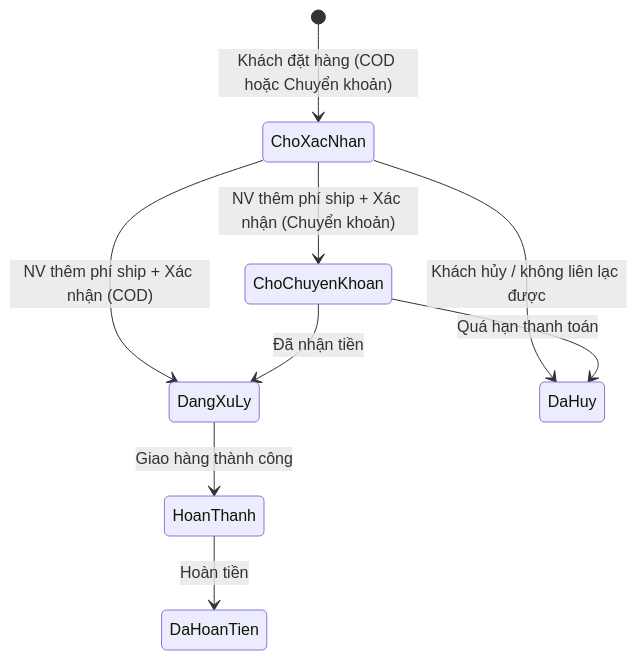
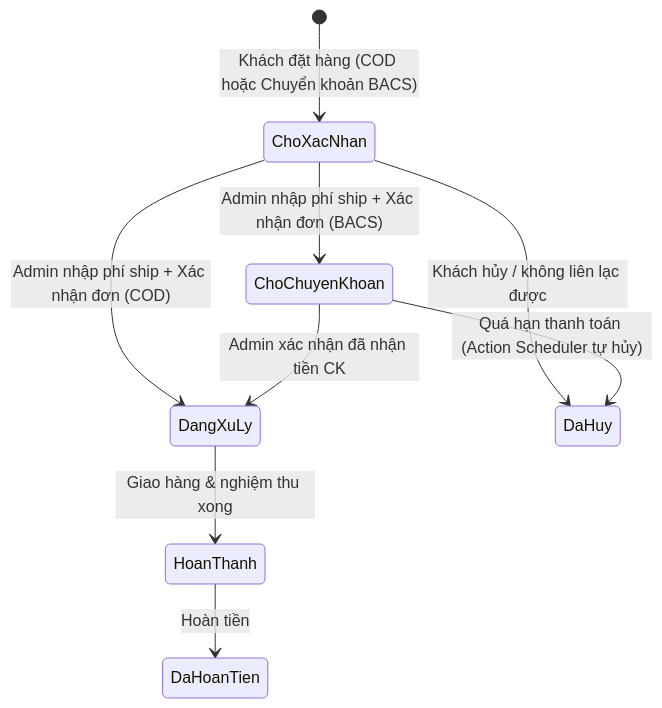
One commit to ktmartech/webgachdravit changed the diagram in docs/04_Pricing_Units_Commerce.md. Above: the diagram before and after it, drawn with Mermaid. The commit also changed other lines of this file and 29 other files, not shown here.

Commit message:
docs: sync architecture decisions D-21..D-30 and add technical specs 14..20

````diff
--- a/docs/04_Pricing_Units_Commerce.md
+++ b/docs/04_Pricing_Units_Commerce.md
@@ -159,11 +261,11 @@
 ```mermaid
 stateDiagram-v2
-  [*] --> ChoXacNhan: Khách đặt hàng (COD hoặc Chuyển khoản)
-  ChoXacNhan --> ChoChuyenKhoan: NV thêm phí ship + Xác nhận (Chuyển khoản)
-  ChoXacNhan --> DangXuLy: NV thêm phí ship + Xác nhận (COD)
-  ChoChuyenKhoan --> DangXuLy: Đã nhận tiền
-  DangXuLy --> HoanThanh: Giao hàng thành công
+  [*] --> ChoXacNhan: Khách đặt hàng (COD hoặc Chuyển khoản BACS)
+  ChoXacNhan --> ChoChuyenKhoan: Admin nhập phí ship + Xác nhận đơn (BACS)
+  ChoXacNhan --> DangXuLy: Admin nhập phí ship + Xác nhận đơn (COD)
+  ChoChuyenKhoan --> DangXuLy: Admin xác nhận đã nhận tiền CK
+  DangXuLy --> HoanThanh: Giao hàng & nghiệm thu xong
   ChoXacNhan --> DaHuy: Khách hủy / không liên lạc được
-  ChoChuyenKhoan --> DaHuy: Quá hạn thanh toán
+  ChoChuyenKhoan --> DaHuy: Quá hạn thanh toán (Action Scheduler tự hủy)
   HoanThanh --> DaHoanTien: Hoàn tiền
 ```
````
